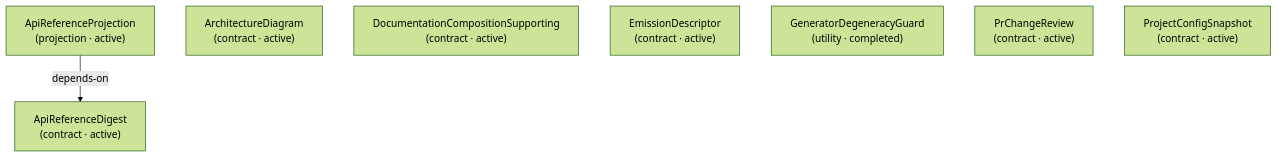
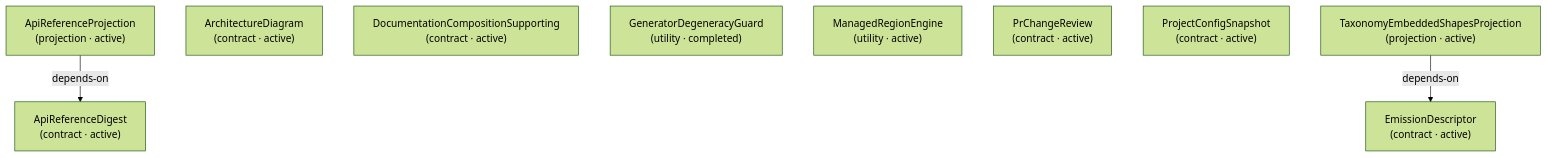
One commit to libar-dev/architect changed the sixth of 24 diagrams in docs-live/DESIGN-REVIEW.md. Above: the diagram before and after it, drawn with Mermaid (forest theme). The commit also changed other lines of this file and 16 other files, not shown here.

````diff
--- a/docs-live/DESIGN-REVIEW.md
+++ b/docs-live/DESIGN-REVIEW.md
@@ -156,12 +157,15 @@
 ```mermaid
 graph TD
   apireferencedigest["ApiReferenceDigest<br/>(contract · active)"]
   apireferenceprojection["ApiReferenceProjection<br/>(projection · active)"]
   architecturediagram["ArchitectureDiagram<br/>(contract · active)"]
   documentationcompositionsupporting["DocumentationCompositionSupporting<br/>(contract · active)"]
   emissiondescriptor["EmissionDescriptor<br/>(contract · active)"]
   generatordegeneracyguard["GeneratorDegeneracyGuard<br/>(utility · completed)"]
+  managedregionengine["ManagedRegionEngine<br/>(utility · active)"]
   prchangereview["PrChangeReview<br/>(contract · active)"]
   projectconfigsnapshot["ProjectConfigSnapshot<br/>(contract · active)"]
+  taxonomyembeddedshapesprojection["TaxonomyEmbeddedShapesProjection<br/>(projection · active)"]
   apireferenceprojection -->|depends-on| apireferencedigest
+  taxonomyembeddedshapesprojection -->|depends-on| emissiondescriptor
 ```
````
